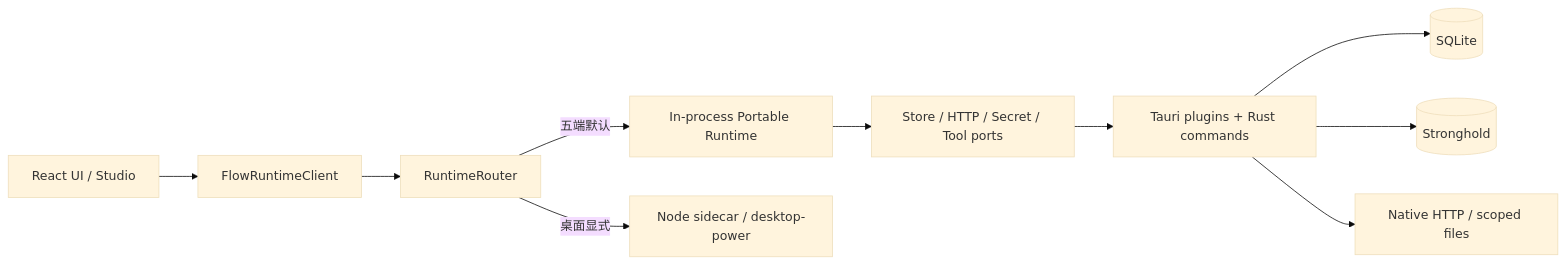
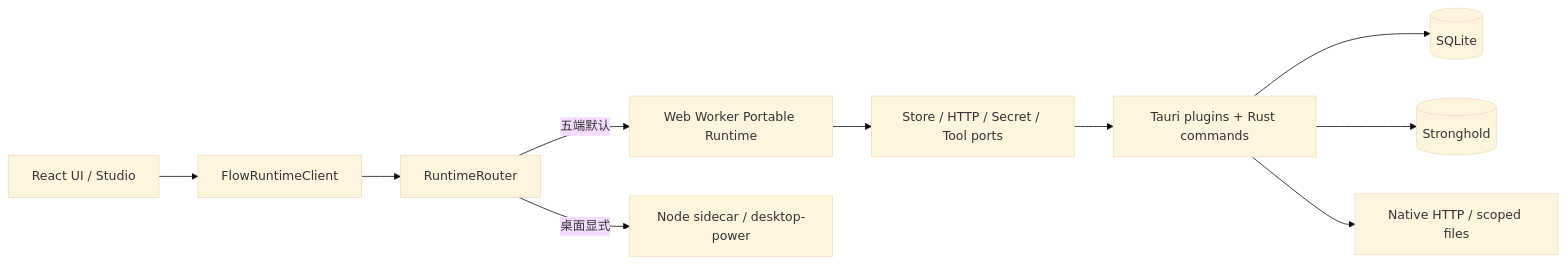
The diagram in docs/architecture/implementation-audit-2026-07-20.md (wqaetly/nkg-ai-bot), drawn with Mermaid (base theme) before and after one commit. The commit also changed other lines of this file and 3 other files, not shown here.

````diff
--- a/docs/architecture/implementation-audit-2026-07-20.md
+++ b/docs/architecture/implementation-audit-2026-07-20.md
@@ -24,12 +24,12 @@
 ```mermaid
 flowchart LR
   UI["React UI / Studio"] --> Client["FlowRuntimeClient"]
   Client --> Router["RuntimeRouter"]
-  Router -->|"五端默认"| Portable["In-process Portable Runtime"]
+  Router -->|"五端默认"| Portable["Web Worker Portable Runtime"]
   Router -->|"桌面显式"| Sidecar["Node sidecar / desktop-power"]
   Portable --> Ports["Store / HTTP / Secret / Tool ports"]
   Ports --> Tauri["Tauri plugins + Rust commands"]
   Tauri --> SQLite[("SQLite")]
   Tauri --> Vault[("Stronghold")]
   Tauri --> OS["Native HTTP / scoped files"]
 ```
````
